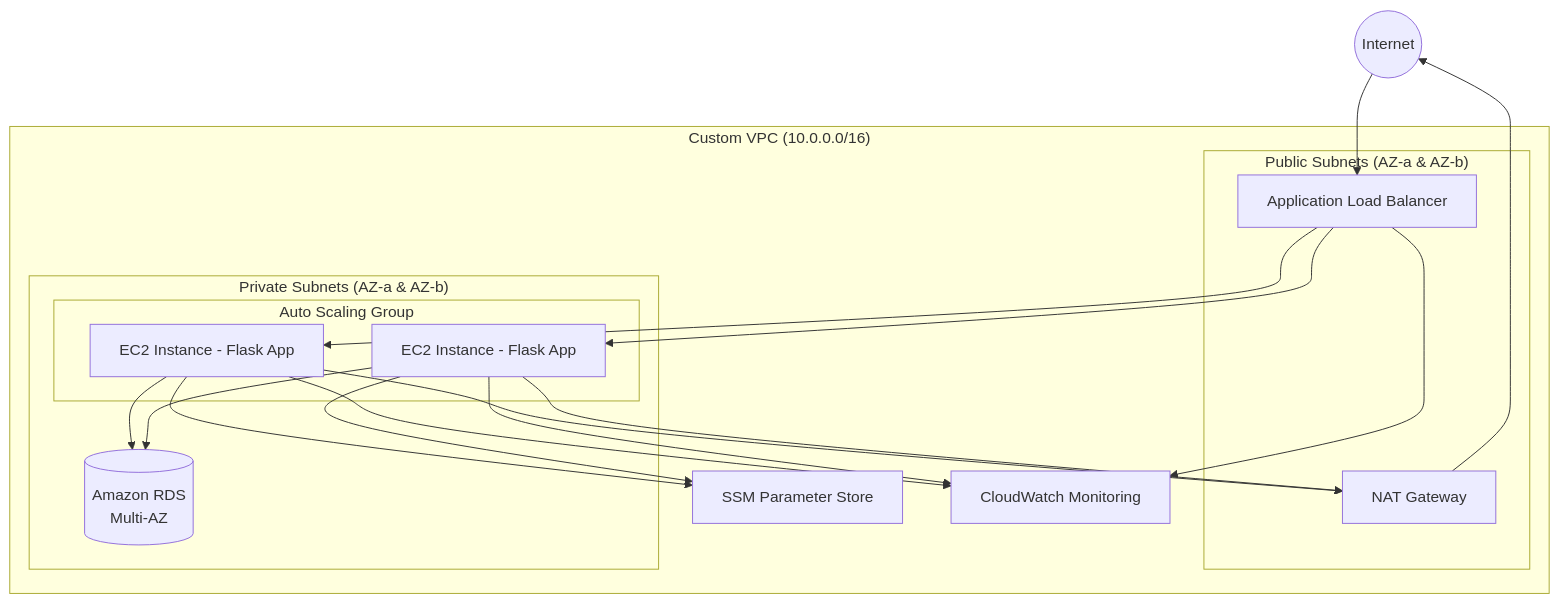
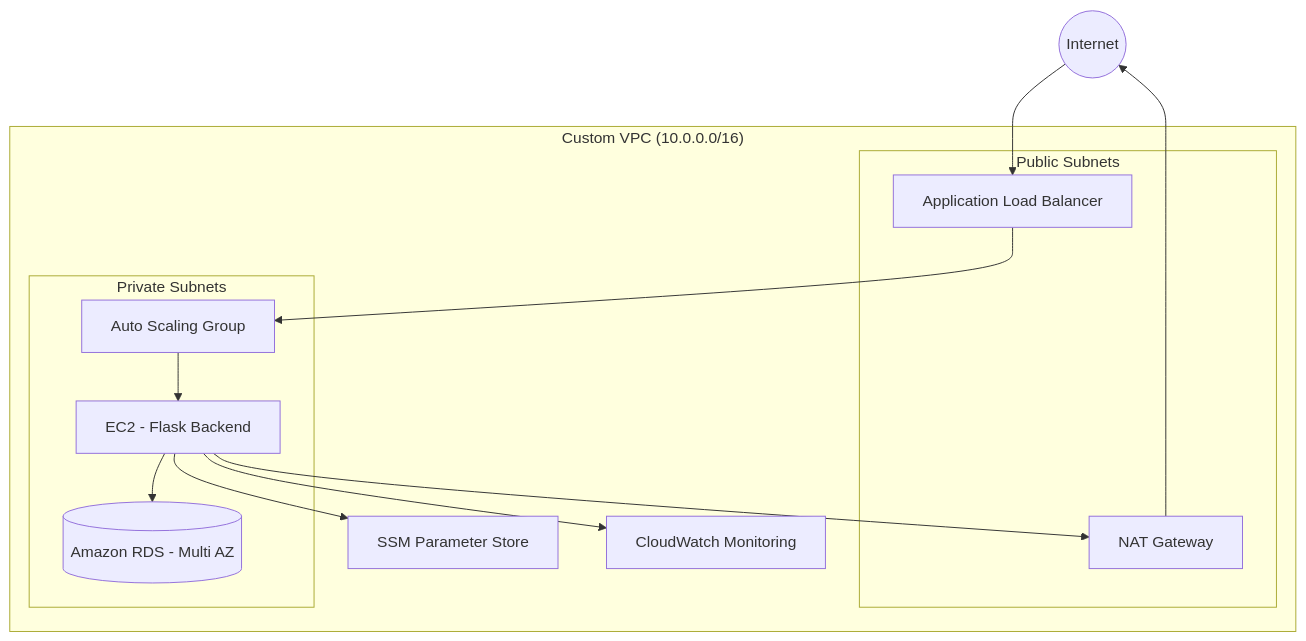
One commit to GY2AN/aws-resume-killer-project changed the diagram in README.md. Above: the diagram before and after it, drawn with Mermaid. The commit also changed other lines of this file, not shown here.

First line of the commit message:
Revise README for AWS 3-Tier Architecture Project

````diff
--- a/README.md
+++ b/README.md
@@ -14,54 +15,33 @@
 ```mermaid
 flowchart TB
 
-    %% Internet
     Internet((Internet))
 
-    %% VPC Boundary
     subgraph VPC["Custom VPC (10.0.0.0/16)"]
 
-        %% Public Subnets
-        subgraph Public["Public Subnets (AZ-a & AZ-b)"]
+        subgraph Public["Public Subnets"]
             ALB[Application Load Balancer]
             NAT[NAT Gateway]
         end
 
-        %% Private Subnets
-        subgraph Private["Private Subnets (AZ-a & AZ-b)"]
-            
-            subgraph ASG["Auto Scaling Group"]
-                EC2A[EC2 Instance - Flask App]
-                EC2B[EC2 Instance - Flask App]
-            end
-            
-            RDS[(Amazon RDS<br/>Multi-AZ)]
+        subgraph Private["Private Subnets"]
+            ASG[Auto Scaling Group]
+            EC2[EC2 - Flask Backend]
+            RDS[(Amazon RDS - Multi AZ)]
         end
 
         SSM[SSM Parameter Store]
         CW[CloudWatch Monitoring]
-
     end
 
-    %% Traffic Flow
     Internet --> ALB
-    ALB --> EC2A
-    ALB --> EC2B
+    ALB --> ASG
+    ASG --> EC2
+    EC2 --> RDS
 
-    %% App to DB
-    EC2A --> RDS
-    EC2B --> RDS
-
-    %% Outbound Internet Access
-    EC2A --> NAT
-    EC2B --> NAT
+    EC2 --> NAT
     NAT --> Internet
 
-    %% Secrets Access
-    EC2A --> SSM
-    EC2B --> SSM
-
-    %% Monitoring
-    EC2A --> CW
-    EC2B --> CW
-    ALB --> CW
+    EC2 --> SSM
+    EC2 --> CW
 ```
````
